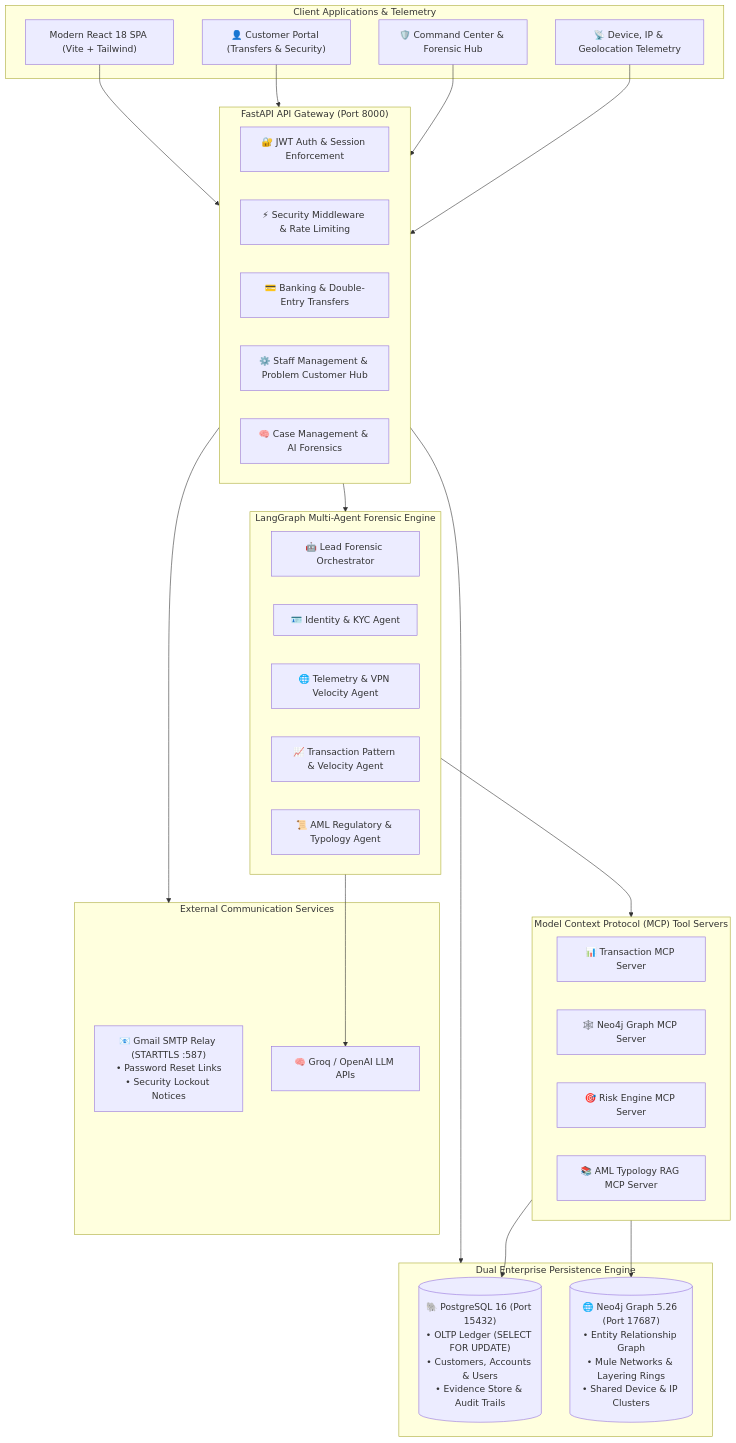
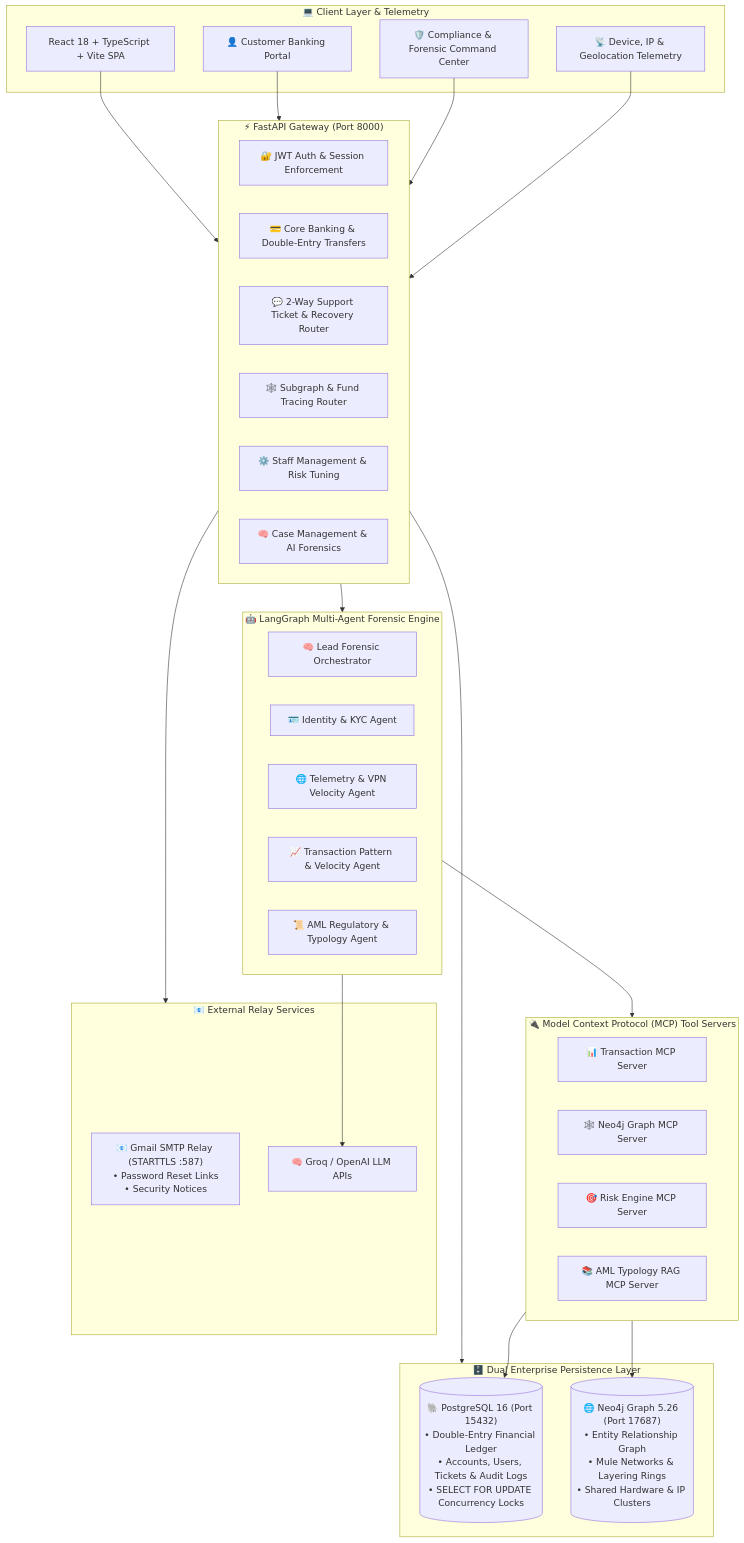
Before and after one commit to Nermeen-Moussa/Omerta.ai: the first of 3 diagrams in README.md, drawn with Mermaid. The commit also changed other lines of this file and 27 other files, not shown here.

Commit message:
docs: update README and add comprehensive SYSTEM_SUMMARY with architecture diagrams

````diff
--- a/README.md
+++ b/README.md
@@ -41,57 +43,58 @@
 ```mermaid
 flowchart TB
-    subgraph ClientLayer [" Client Applications & Telemetry "]
-        ReactSPA[" Modern React 18 SPA (Vite + Tailwind) "]
-        CustomerPortal[" 👤 Customer Portal (Transfers & Security) "]
-        AdminHub[" 🛡️ Command Center & Forensic Hub "]
+    subgraph ClientLayer [" 💻 Client Layer & Telemetry "]
+        ReactSPA[" React 18 + TypeScript + Vite SPA "]
+        CustomerPortal[" 👤 Customer Banking Portal "]
+        AdminHub[" 🛡️ Compliance & Forensic Command Center "]
         TelemetryStream[" 📡 Device, IP & Geolocation Telemetry "]
     end
 
-    subgraph APIGateway [" FastAPI API Gateway (Port 8000) "]
+    subgraph APIGateway [" ⚡ FastAPI Gateway (Port 8000) "]
         AuthService[" 🔐 JWT Auth & Session Enforcement "]
-        RateLimiter[" ⚡ Security Middleware & Rate Limiting "]
-        BankingRouter[" 💳 Banking & Double-Entry Transfers "]
-        AdminRouter[" ⚙️ Staff Management & Problem Customer Hub "]
+        BankingRouter[" 💳 Core Banking & Double-Entry Transfers "]
+        SupportRouter[" 💬 2-Way Support Ticket & Recovery Router "]
+        NetworkRouter[" 🕸️ Subgraph & Fund Tracing Router "]
+        AdminRouter[" ⚙️ Staff Management & Risk Tuning "]
         InvestigatorRouter[" 🧠 Case Management & AI Forensics "]
     end
 
-    subgraph MultiAgentEngine [" LangGraph Multi-Agent Forensic Engine "]
-        Orchestrator[" 🤖 Lead Forensic Orchestrator "]
+    subgraph MultiAgentEngine [" 🤖 LangGraph Multi-Agent Forensic Engine "]
+        Orchestrator[" 🧠 Lead Forensic Orchestrator "]
         IdentityAgent[" 🪪 Identity & KYC Agent "]
         TelemetryAgent[" 🌐 Telemetry & VPN Velocity Agent "]
         VelocityAgent[" 📈 Transaction Pattern & Velocity Agent "]
         ComplianceAgent[" 📜 AML Regulatory & Typology Agent "]
     end
 
-    subgraph MCPServers [" Model Context Protocol (MCP) Tool Servers "]
+    subgraph MCPServers [" 🔌 Model Context Protocol (MCP) Tool Servers "]
         TxnMCP[" 📊 Transaction MCP Server "]
         GraphMCP[" 🕸️ Neo4j Graph MCP Server "]
         RiskMCP[" 🎯 Risk Engine MCP Server "]
         KnowledgeMCP[" 📚 AML Typology RAG MCP Server "]
     end
 
-    subgraph PersistenceLayer [" Dual Enterprise Persistence Engine "]
-        PostgresDB[(" 🐘 PostgreSQL 16 (Port 15432)\n• OLTP Ledger (SELECT FOR UPDATE)\n• Customers, Accounts & Users\n• Evidence Store & Audit Trails ")]
-        Neo4jGraph[(" 🌐 Neo4j Graph 5.26 (Port 17687)\n• Entity Relationship Graph\n• Mule Networks & Layering Rings\n• Shared Device & IP Clusters ")]
+    subgraph PersistenceLayer [" 🗄️ Dual Enterprise Persistence Layer "]
+        PostgresDB[(" 🐘 PostgreSQL 16 (Port 15432)\n• Double-Entry Financial Ledger\n• Accounts, Users, Tickets & Audit Logs\n• SELECT FOR UPDATE Concurrency Locks ")]
+        Neo4jGraph[(" 🌐 Neo4j Graph 5.26 (Port 17687)\n• Entity Relationship Graph\n• Mule Networks & Layering Rings\n• Shared Hardware & IP Clusters ")]
     end
 
-    subgraph ExternalServices [" External Communication Services "]
-        GmailSMTP[" 📧 Gmail SMTP Relay (STARTTLS :587)\n• Password Reset Links\n• Security Lockout Notices "]
+    subgraph ExternalServices [" 📧 External Relay Services "]
+        GmailSMTP[" 📧 Gmail SMTP Relay (STARTTLS :587)\n• Password Reset Links\n• Security Notices "]
         LLMProvider[" 🧠 Groq / OpenAI LLM APIs "]
     end
 
     ReactSPA --> APIGateway
     CustomerPortal --> APIGateway
     AdminHub --> APIGateway
     TelemetryStream --> APIGateway
 
     APIGateway --> MultiAgentEngine
     APIGateway --> PersistenceLayer
     APIGateway --> ExternalServices
 
     MultiAgentEngine --> MCPServers
     MultiAgentEngine --> LLMProvider
 
     MCPServers --> PostgresDB
     MCPServers --> Neo4jGraph
 ```
````
